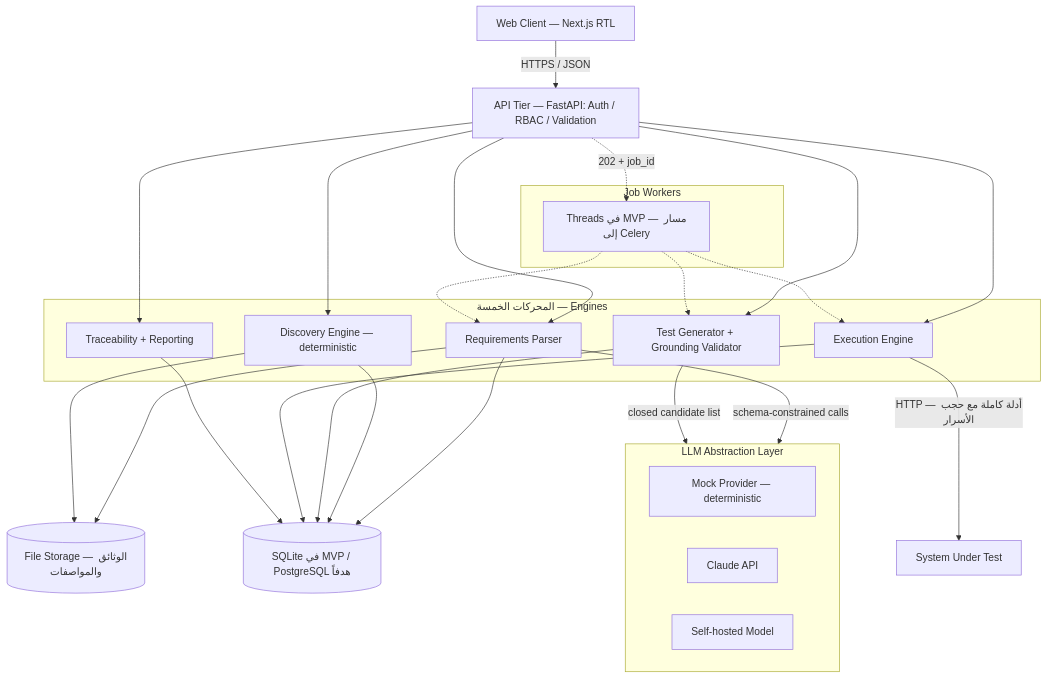
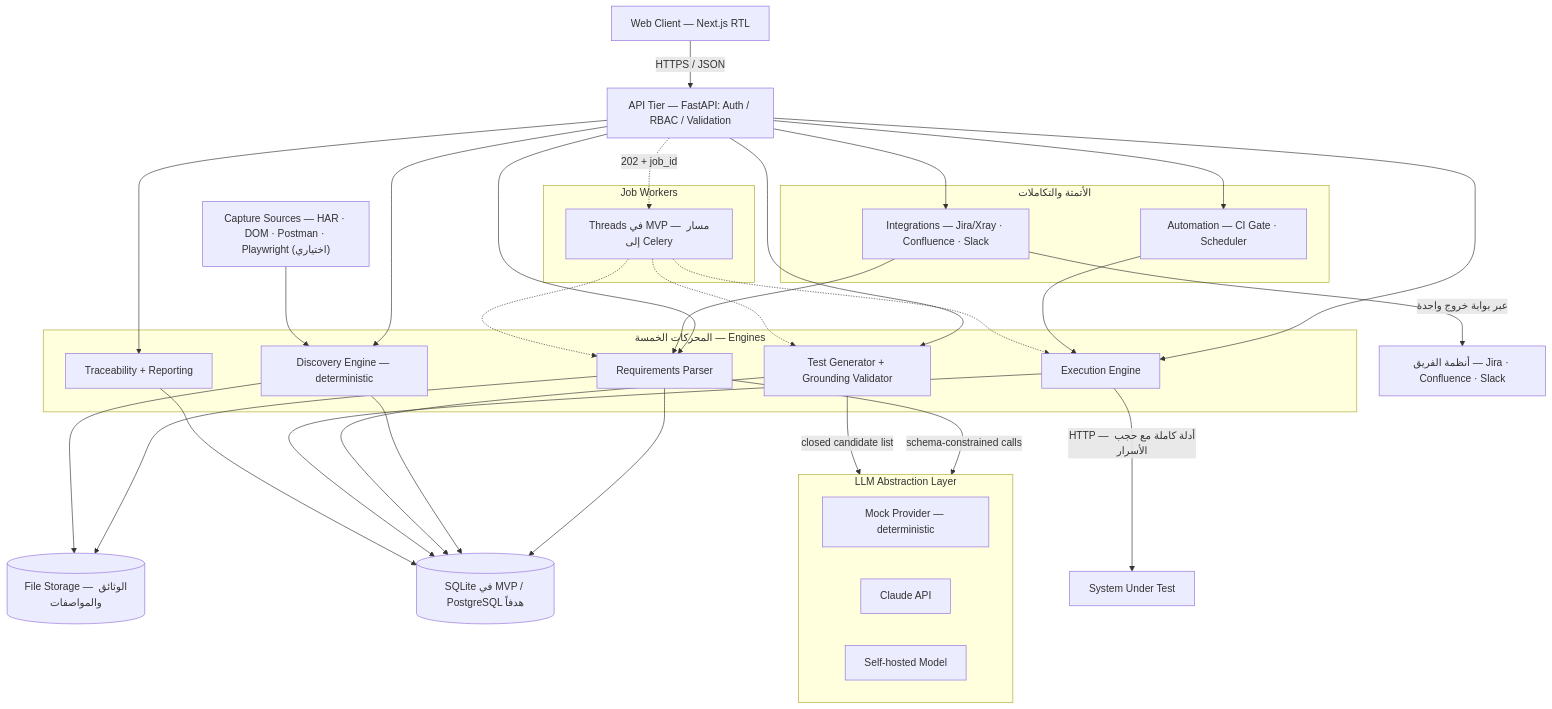
The first of 9 diagrams in docs/ARCHITECTURE.md (Abo5/traceo), drawn with Mermaid before and after one commit. The commit also changed other lines of this file and 9 other files, not shown here.

````diff
--- a/docs/ARCHITECTURE.md
+++ b/docs/ARCHITECTURE.md
@@ -12,50 +12,64 @@
 ```mermaid
 flowchart TB
     WC["Web Client — Next.js RTL"]
     API["API Tier — FastAPI: Auth / RBAC / Validation"]
 
     WC -->|"HTTPS / JSON"| API
 
     subgraph ENGINES["المحركات الخمسة — Engines"]
         RP["Requirements Parser"]
         DE["Discovery Engine — deterministic"]
         TG["Test Generator + Grounding Validator"]
         EX["Execution Engine"]
         TR["Traceability + Reporting"]
     end
 
+    subgraph OPS["الأتمتة والتكاملات"]
+        AU["Automation — CI Gate · Scheduler"]
+        IN["Integrations — Jira/Xray · Confluence · Slack"]
+    end
+
     API --> RP
     API --> DE
     API --> TG
     API --> EX
     API --> TR
+    API --> AU
+    API --> IN
+    AU --> EX
+    IN --> RP
 
     subgraph JOBS["Job Workers"]
         JW["Threads في MVP — مسار إلى Celery"]
     end
     API -.->|"202 + job_id"| JW
     JW -.-> RP
     JW -.-> TG
     JW -.-> EX
 
     DB[("SQLite في MVP / PostgreSQL هدفاً")]
     FS[("File Storage — الوثائق والمواصفات")]
     RP --> DB
     DE --> DB
     TG --> DB
     EX --> DB
     TR --> DB
     RP --> FS
     DE --> FS
 
+    CAP["Capture Sources — HAR · DOM · Postman · Playwright (اختياري)"]
+    CAP --> DE
+
     subgraph LLM["LLM Abstraction Layer"]
         MOCK["Mock Provider — deterministic"]
         CLAUDE["Claude API"]
         SELF["Self-hosted Model"]
     end
     RP -->|"schema-constrained calls"| LLM
     TG -->|"closed candidate list"| LLM
 
     SUT["System Under Test"]
     EX -->|"HTTP — أدلة كاملة مع حجب الأسرار"| SUT
+    EXT["أنظمة الفريق — Jira · Confluence · Slack"]
+    IN -->|"عبر بوابة خروج واحدة"| EXT
 ```
````
